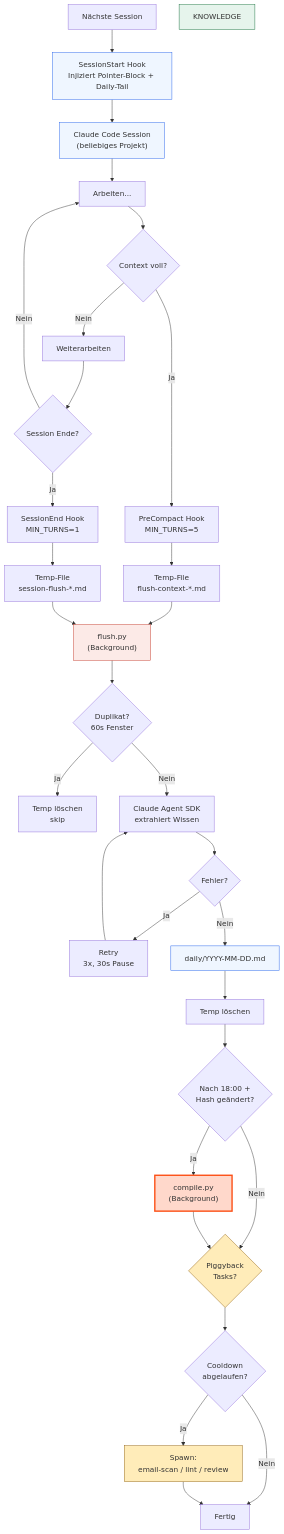
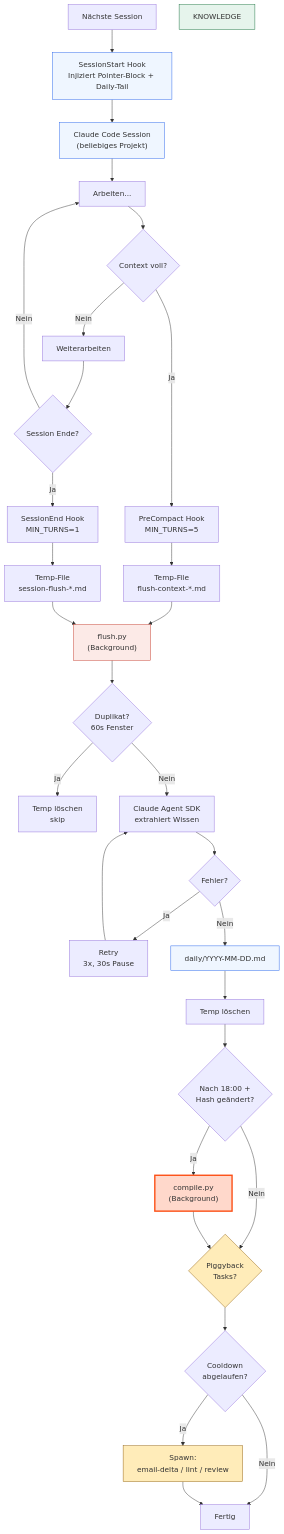
The second of 10 diagrams in docs/PROCESS.md (lx-0/llm-wiki), drawn with Mermaid before and after one commit. The commit also changed other lines of this file and 11 other files, not shown here.

````diff
--- a/docs/PROCESS.md
+++ b/docs/PROCESS.md
@@ -135,47 +135,47 @@
 ```mermaid
 flowchart TD
     SESSION["Claude Code Session\n(beliebiges Projekt)"]
     SESSION --> WORK["Arbeiten..."]
     WORK --> COMPACT{"Context voll?"}
     COMPACT -->|Ja| PRE["PreCompact Hook\nMIN_TURNS=5"]
     COMPACT -->|Nein| CONTINUE["Weiterarbeiten"]
     CONTINUE --> END{"Session Ende?"}
     END -->|Nein| WORK
     END -->|Ja| HOOK["SessionEnd Hook\nMIN_TURNS=1"]
 
     PRE --> TEMP["Temp-File\nflush-context-*.md"]
     HOOK --> TEMP2["Temp-File\nsession-flush-*.md"]
 
     TEMP --> FLUSH["flush.py\n(Background)"]
     TEMP2 --> FLUSH
 
     FLUSH --> DEDUP{"Duplikat?\n60s Fenster"}
     DEDUP -->|Ja| DEL1["Temp löschen\nskip"]
     DEDUP -->|Nein| EXTRACT["Claude Agent SDK\nextrahiert Wissen"]
     EXTRACT --> FAIL{"Fehler?"}
     FAIL -->|Ja| RETRY["Retry\n3x, 30s Pause"]
     RETRY --> EXTRACT
     FAIL -->|Nein| DAILY["daily/YYYY-MM-DD.md"]
     DAILY --> DELTEMP["Temp löschen"]
     DELTEMP --> CLOCK{"Nach 18:00 +\nHash geändert?"}
     CLOCK -->|Ja| COMPILE["compile.py\n(Background)"]
     CLOCK -->|Nein| PIGGY
 
     COMPILE --> PIGGY{"Piggyback\nTasks?"}
     PIGGY --> PB_CHECK{"Cooldown\nabgelaufen?"}
-    PB_CHECK -->|Ja| PB_SPAWN["Spawn:\nemail-scan / lint / review"]
+    PB_CHECK -->|Ja| PB_SPAWN["Spawn:\nemail-delta / lint / review"]
     PB_CHECK -->|Nein| DONE["Fertig"]
     PB_SPAWN --> DONE
 
     NEXT["Nächste Session"] --> INJECT["SessionStart Hook\nInjiziert Pointer-Block + Daily-Tail"]
     INJECT --> SESSION
 
     style SESSION fill:#EFF6FF,stroke:#2563EB
     style FLUSH fill:#FCEAE7,stroke:#C43D2E
     style DAILY fill:#EFF6FF,stroke:#2563EB
     style COMPILE fill:#FFD8CB,stroke:#FC4E14,stroke-width:3px
     style KNOWLEDGE fill:#E6F4EC,stroke:#1B7340
     style INJECT fill:#EFF6FF,stroke:#2563EB
     style PIGGY fill:#FFECB9,stroke:#92610F
     style PB_SPAWN fill:#FFECB9,stroke:#92610F
 ```
````
